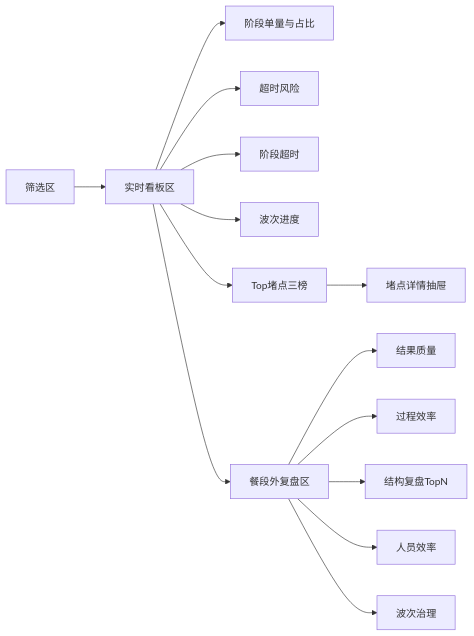
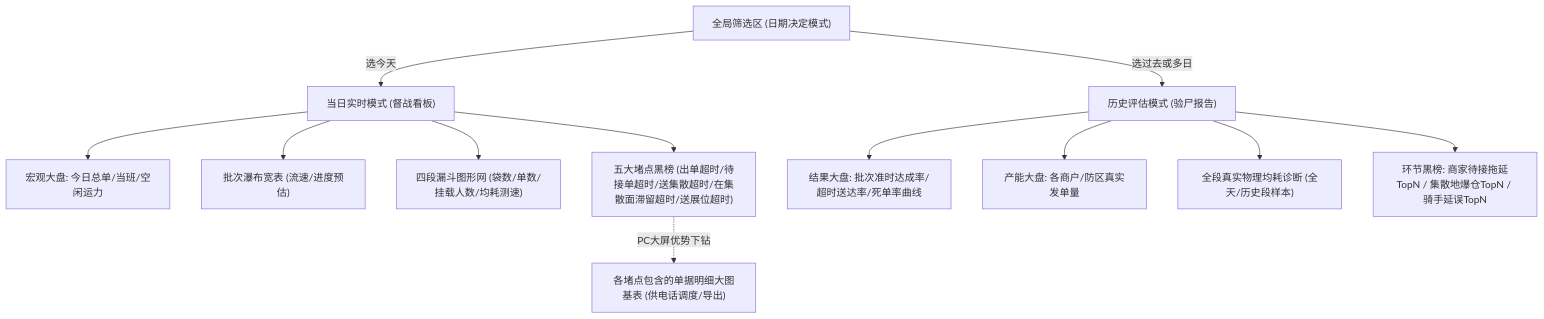
The diagram in docs/modules/配送统计/IA.md (sdvegeta/gjhadmin), drawn with Mermaid before and after one commit. The commit also changed other lines of this file and 3 other files, not shown here.

````diff
--- a/docs/modules/配送统计/IA.md
+++ b/docs/modules/配送统计/IA.md
@@ -14,16 +14,17 @@
 ```mermaid
-flowchart LR
-    A["筛选区"] --> B["实时看板区"]
-    B --> B1["阶段单量与占比"]
-    B --> B2["超时风险"]
-    B --> B3["阶段超时"]
-    B --> B4["波次进度"]
-    B --> B5["Top堵点三榜"]
-    B5 --> C["堵点详情抽屉"]
-    B --> D["餐段外复盘区"]
-    D --> D1["结果质量"]
-    D --> D2["过程效率"]
-    D --> D3["结构复盘TopN"]
-    D --> D4["人员效率"]
-    D --> D5["波次治理"]
+flowchart TD
+    A["全局筛选区 (日期决定模式)"]
+    A -->|"选今天"| B["当日实时模式 (督战看板)"]
+    A -->|"选过去或多日"| C["历史评估模式 (验尸报告)"]
+    
+    B --> B1["宏观大盘: 今日总单/当班/空闲运力"]
+    B --> B2["批次瀑布宽表 (流速/进度预估)"]
+    B --> B3["四段漏斗图形网 (袋数/单数/挂载人数/均耗测速)"]
+    B --> B4["五大堵点黑榜 (出单超时/待接单超时/送集散超时/在集散面滞留超时/送展位超时)"]
+    B4 -.->|"PC大屏优势下钻"| B5["各堵点包含的单据明细大图基表 (供电话调度/导出)"]
+    
+    C --> C1["结果大盘: 批次准时达成率/超时送达率/死单率曲线"]
+    C --> C2["产能大盘: 各商户/防区真实发单量"]
+    C --> C3["全段真实物理均耗诊断 (全天/历史段样本)"]
+    C --> C4["环节黑榜: 商家待接拖延TopN / 集散地爆仓TopN / 骑手延误TopN"]
 ```
````
